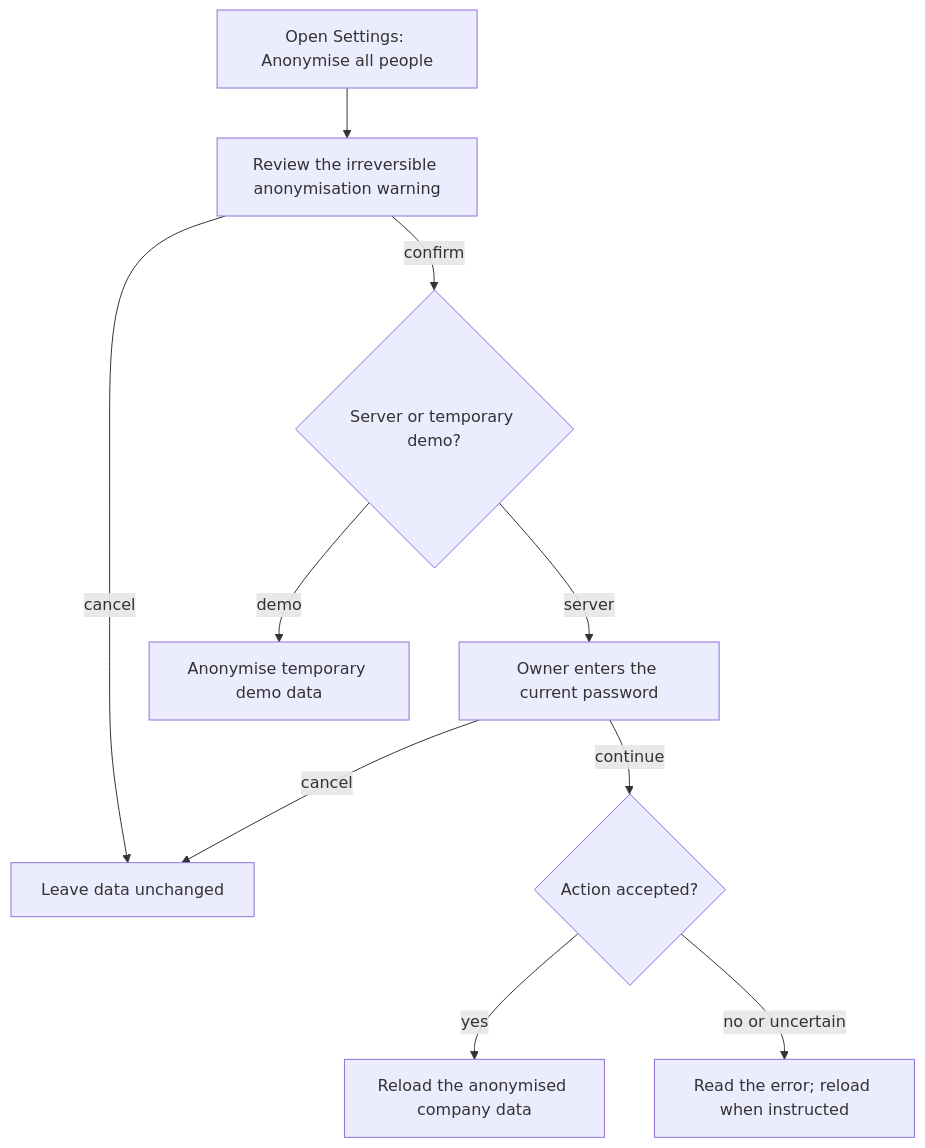
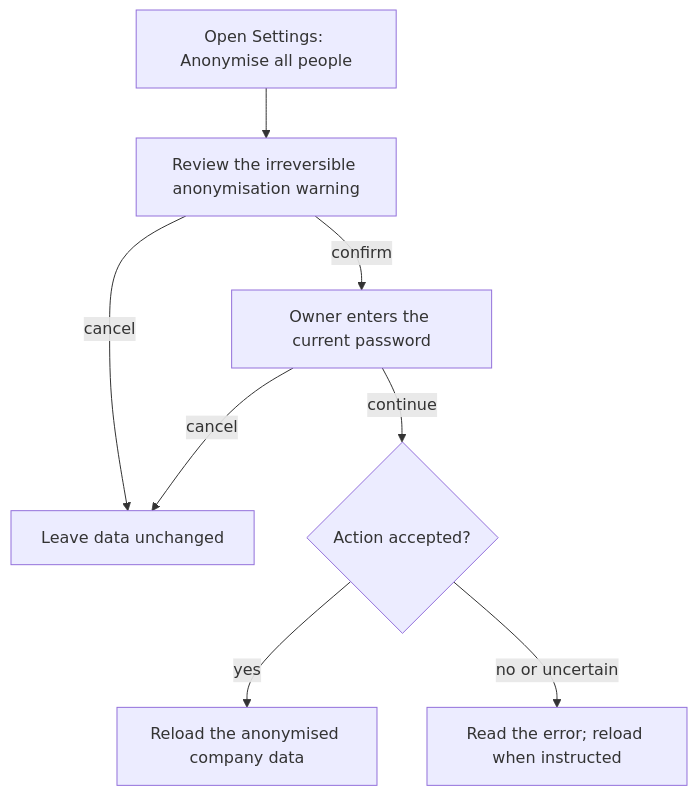
The first of 2 diagrams in user-stories/settings/US-SET-26-anonymise-all-people.md (Kevinjohn/capacitylens), drawn with Mermaid before and after one commit. The commit also changed other lines of this file and 343 other files, not shown here.

Commit message:
feat: use server-owned company planning and a disposable development demo

````diff
--- a/user-stories/settings/US-SET-26-anonymise-all-people.md
+++ b/user-stories/settings/US-SET-26-anonymise-all-people.md
@@ -22,12 +22,10 @@
 ```mermaid
 flowchart TD
 A["Open Settings: Anonymise all people"] --> B["Review the irreversible anonymisation warning"]
 B -->|cancel| C["Leave data unchanged"]
-B -->|confirm| D{"Server or temporary demo?"}
-D -->|demo| E["Anonymise temporary demo data"]
-D -->|server| F["Owner enters the current password"]
+B -->|confirm| F["Owner enters the current password"]
 F -->|cancel| C
 F -->|continue| G{"Action accepted?"}
 G -->|yes| H["Reload the anonymised company data"]
 G -->|no or uncertain| I["Read the error; reload when instructed"]
 ```
````
